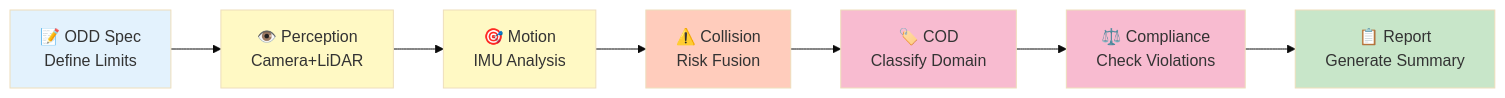
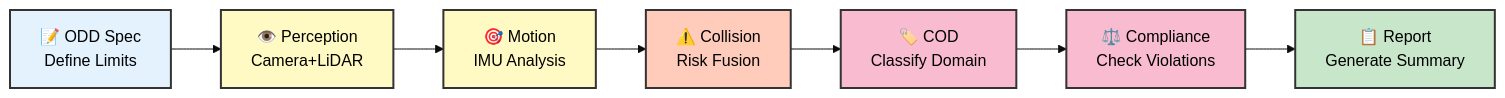
One commit to danmartinez78/go2-odd-observer changed the diagram in README.md. Above: the diagram before and after it, drawn with Mermaid (base theme).

Commit message:
fix: improve mermaid diagram text contrast

````diff
--- a/README.md
+++ b/README.md
@@ -104,17 +104,17 @@
 ```mermaid
 graph LR
     A[📝 ODD Spec<br/>Define Limits] --> B[👁️ Perception<br/>Camera+LiDAR]
     B --> C[🎯 Motion<br/>IMU Analysis]
     C --> D[⚠️ Collision<br/>Risk Fusion]
     D --> E[🏷️ COD<br/>Classify Domain]
     E --> F[⚖️ Compliance<br/>Check Violations]
     F --> G[📋 Report<br/>Generate Summary]
     
-    style A fill:#e3f2fd
-    style B fill:#fff9c4
-    style C fill:#fff9c4
-    style D fill:#ffccbc
-    style E fill:#f8bbd0
-    style F fill:#f8bbd0
-    style G fill:#c8e6c9
+    style A fill:#e3f2fd,stroke:#333,stroke-width:2px,color:#000
+    style B fill:#fff9c4,stroke:#333,stroke-width:2px,color:#000
+    style C fill:#fff9c4,stroke:#333,stroke-width:2px,color:#000
+    style D fill:#ffccbc,stroke:#333,stroke-width:2px,color:#000
+    style E fill:#f8bbd0,stroke:#333,stroke-width:2px,color:#000
+    style F fill:#f8bbd0,stroke:#333,stroke-width:2px,color:#000
+    style G fill:#c8e6c9,stroke:#333,stroke-width:2px,color:#000
 ```
````
